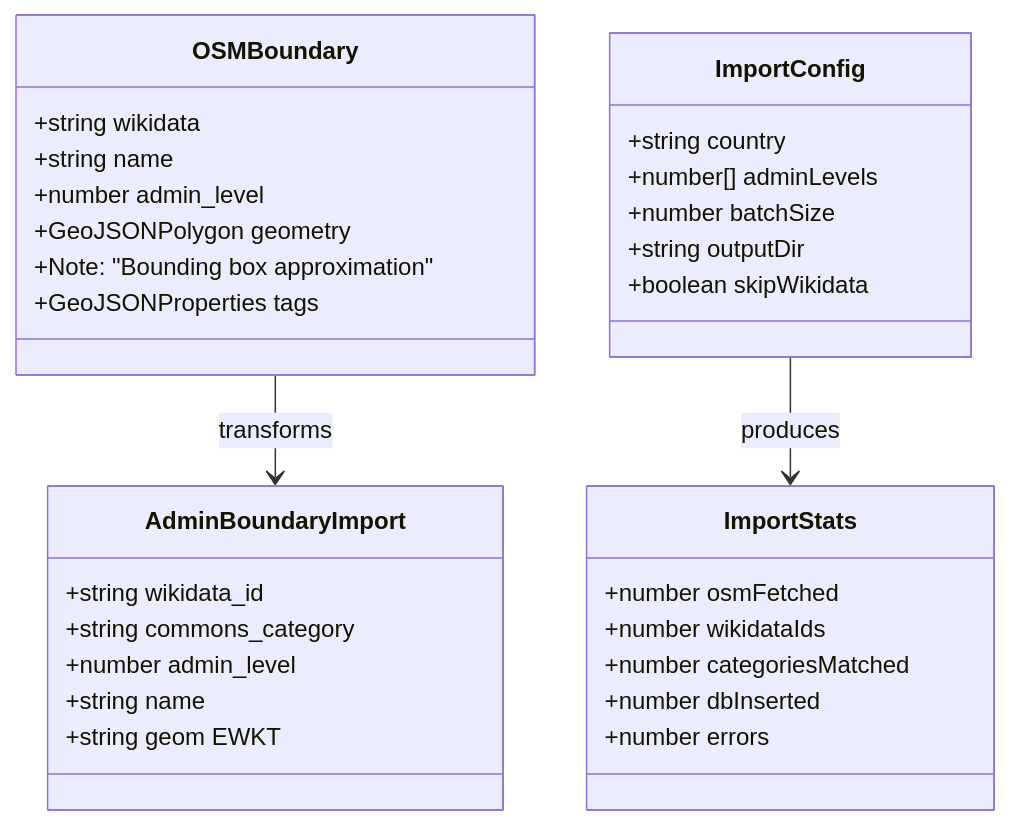
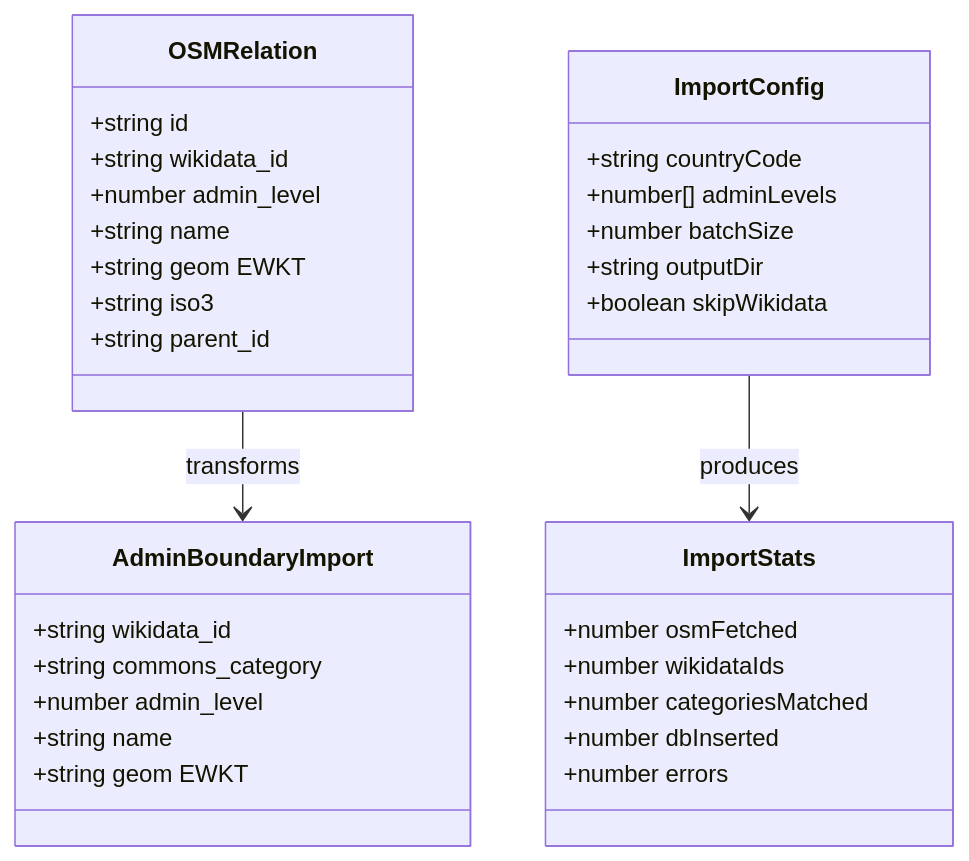
One commit to DaxServer/geocode-commons-categories changed the sixth of 9 diagrams in docs/import/architecture.md. Above: the diagram before and after it, drawn with Mermaid. The commit also changed other lines of this file and 12 other files, not shown here.

````diff
--- a/docs/import/architecture.md
+++ b/docs/import/architecture.md
@@ -267,38 +239,39 @@
 ```mermaid
 classDiagram
-    class OSMBoundary {
-        +string wikidata
+    class OSMRelation {
+        +string id
+        +string wikidata_id
+        +number admin_level
         +string name
-        +number admin_level
-        +GeoJSONPolygon geometry
-        +Note: "Bounding box approximation"
-        +GeoJSONProperties tags
+        +string geom EWKT
+        +string iso3
+        +string parent_id
     }
 
     class AdminBoundaryImport {
         +string wikidata_id
         +string commons_category
         +number admin_level
         +string name
         +string geom EWKT
     }
 
     class ImportConfig {
-        +string country
+        +string countryCode
         +number[] adminLevels
         +number batchSize
         +string outputDir
         +boolean skipWikidata
     }
 
     class ImportStats {
         +number osmFetched
         +number wikidataIds
         +number categoriesMatched
         +number dbInserted
         +number errors
     }
 
-    OSMBoundary --> AdminBoundaryImport : transforms
+    OSMRelation --> AdminBoundaryImport : transforms
     ImportConfig --> ImportStats : produces
 ```
````
